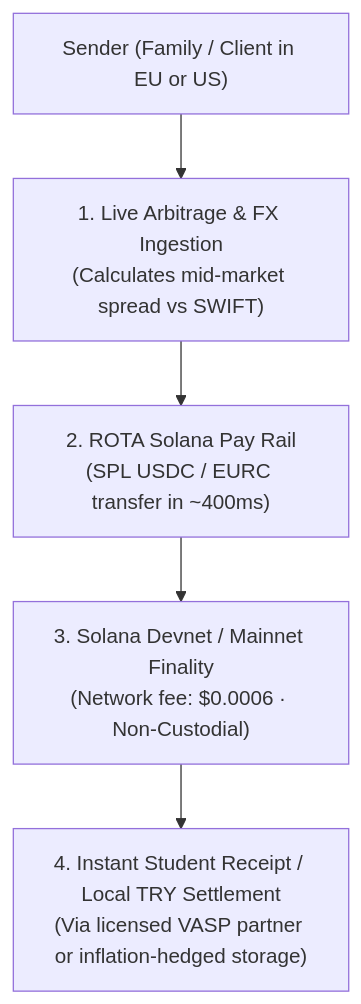
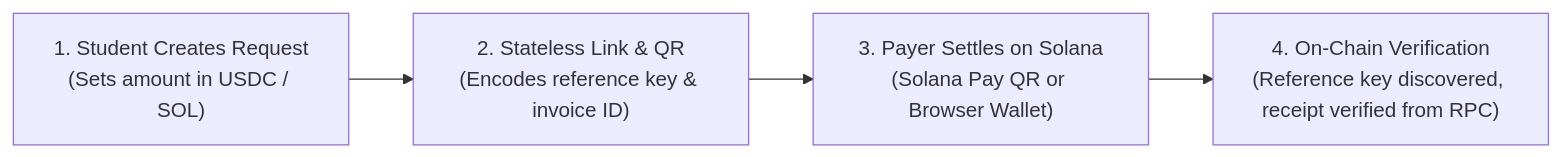
One commit to AltanCetinCelik/rota changed the diagram in README.md. Above: the diagram before and after it, drawn with Mermaid. The commit also changed other lines of this file and 23 other files, not shown here.

Commit message:
feat: implement real Solana Pay request & verification flow, live FX rates, and English localization

````diff
--- a/README.md
+++ b/README.md
@@ -26,7 +27,6 @@
 ```mermaid
-flowchart TD
-    A["Sender (Family / Client in EU or US)"] --> B["1. Live Arbitrage & FX Ingestion<br/>(Calculates mid-market spread vs SWIFT)"]
-    B --> C["2. ROTA Solana Pay Rail<br/>(SPL USDC / EURC transfer in ~400ms)"]
-    C --> D["3. Solana Devnet / Mainnet Finality<br/>(Network fee: $0.0006 · Non-Custodial)"]
-    D --> E["4. Instant Student Receipt / Local TRY Settlement<br/>(Via licensed VASP partner or inflation-hedged storage)"]
+flowchart LR
+    A["1. Student Creates Request<br/>(Sets amount in USDC / SOL)"] --> B["2. Stateless Link & QR<br/>(Encodes reference key & invoice ID)"]
+    B --> C["3. Payer Settles on Solana<br/>(Solana Pay QR or Browser Wallet)"]
+    C --> D["4. On-Chain Verification<br/>(Reference key discovered, receipt verified from RPC)"]
 ```
````
